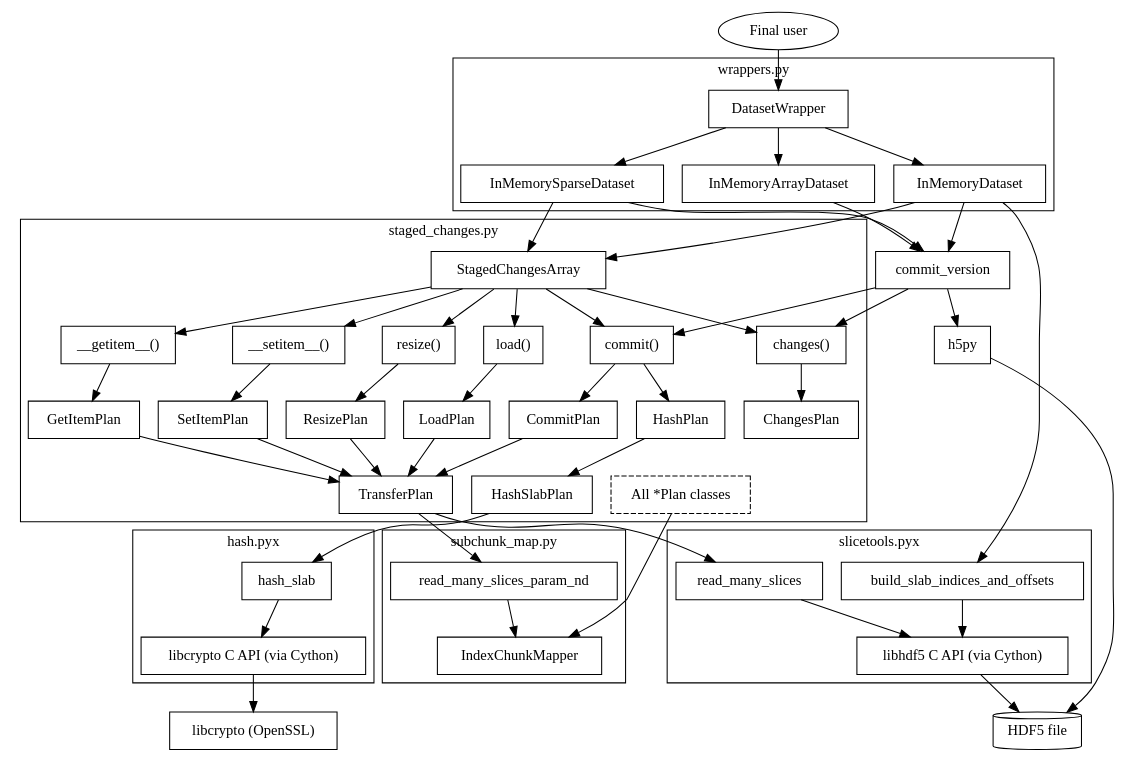
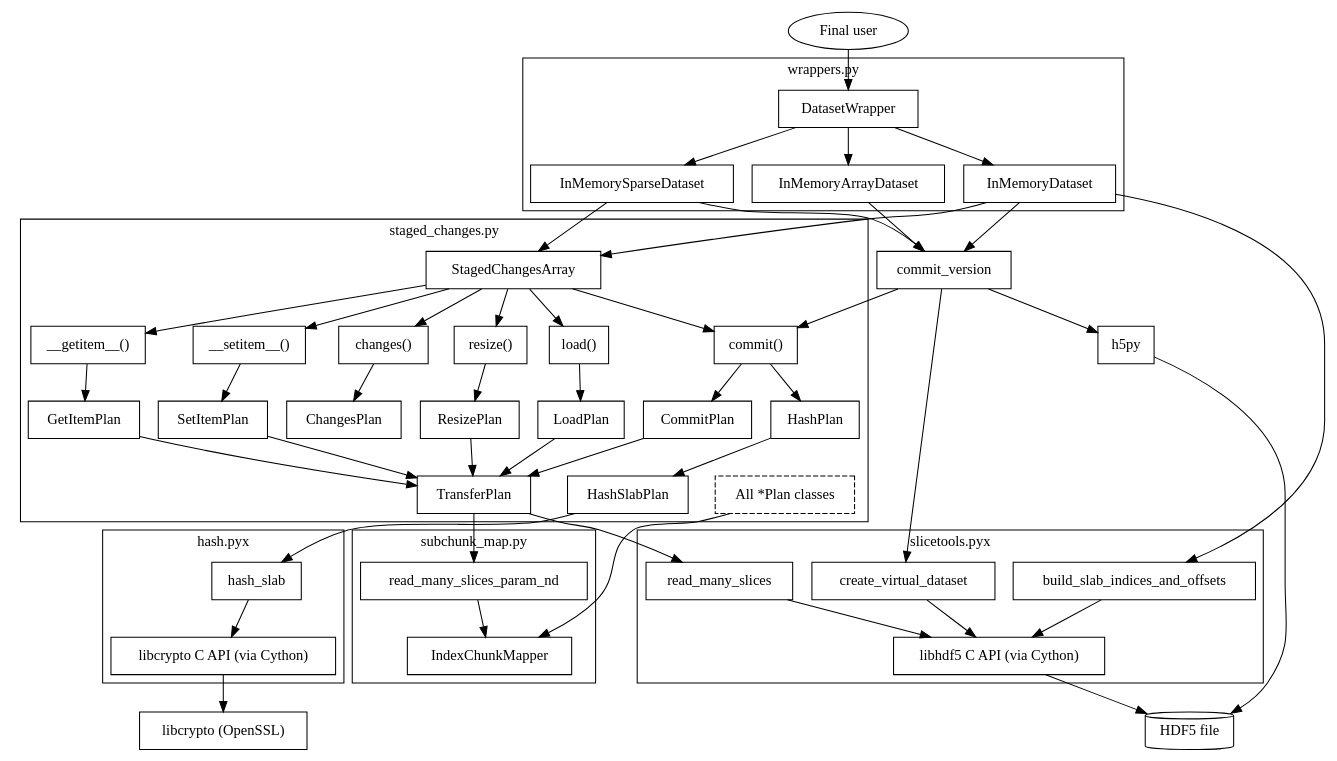
One commit to deshaw/versioned-hdf5 changed the diagram in docs/staged_changes.rst. Above: the diagram before and after it, drawn with Graphviz. The commit also changed other lines of this file and 7 other files, not shown here.

Commit message:
Redesign the commit stage: rewrite `create_virtual_dataset` in Cython (#567)

```diff
--- a/docs/staged_changes.rst
+++ b/docs/staged_changes.rst
@@ -552,9 +552,11 @@
 
           build_slab_indices_and_offsets;
           read_many_slices;
+          create_virtual_dataset;
           hdf5_c [label="libhdf5 C API (via Cython)"];
           build_slab_indices_and_offsets -> hdf5_c;
           read_many_slices -> hdf5_c;
+          create_virtual_dataset -> hdf5_c;
       }
 
       subgraph cluster_4 {
@@ -583,7 +585,7 @@
 
       h5py;
       commit_version -> h5py;
-      commit_version -> changes;
+      commit_version -> create_virtual_dataset;
       commit_version -> commit;
       hdf5_file [label="HDF5 file"; shape=cylinder];
       h5py -> hdf5_file;
```
